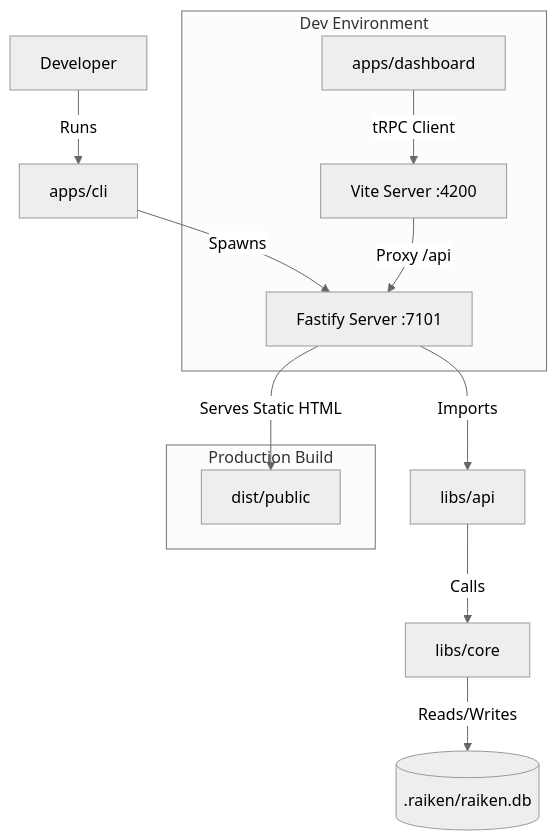
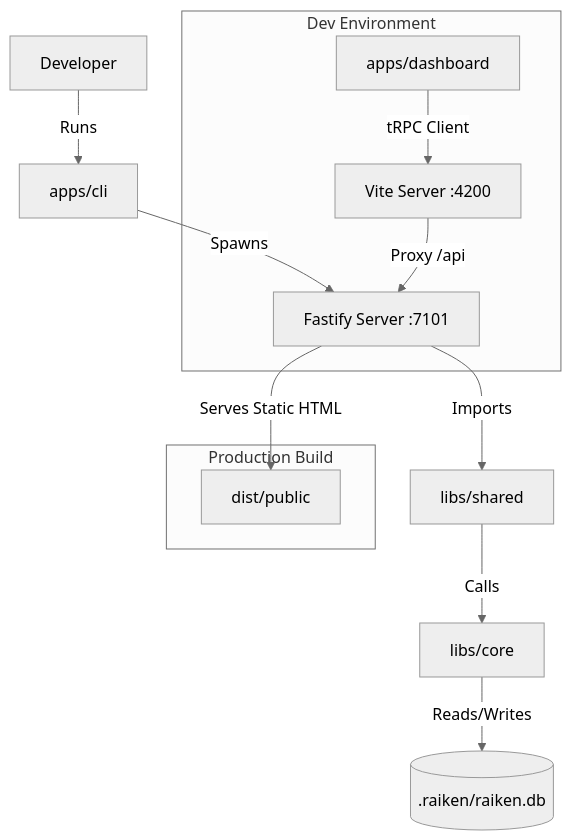
One commit to Raiken-Foundation/raiken-app changed the diagram in README.md. Above: the diagram before and after it, drawn with Mermaid (neutral theme). The commit also changed other lines of this file and 24 other files, not shown here.

````diff
--- a/README.md
+++ b/README.md
@@ -20,18 +20,18 @@
 ```mermaid
 graph TD
     User[Developer] -->|Runs| CLI[apps/cli]
     CLI -->|Spawns| Server[Fastify Server :7101]
 
     subgraph "Dev Environment"
         Vite[Vite Server :4200] -->|Proxy /api| Server
         Dashboard[apps/dashboard] -->|tRPC Client| Vite
     end
 
     subgraph "Production Build"
         Server -->|Serves Static HTML| DashboardBuild[dist/public]
     end
 
-    Server -->|Imports| API[libs/api]
-    API -->|Calls| Core[libs/core]
+    Server -->|Imports| Shared[libs/shared]
+    Shared -->|Calls| Core[libs/core]
     Core -->|Reads/Writes| DB[(.raiken/raiken.db)]
 ```
````
